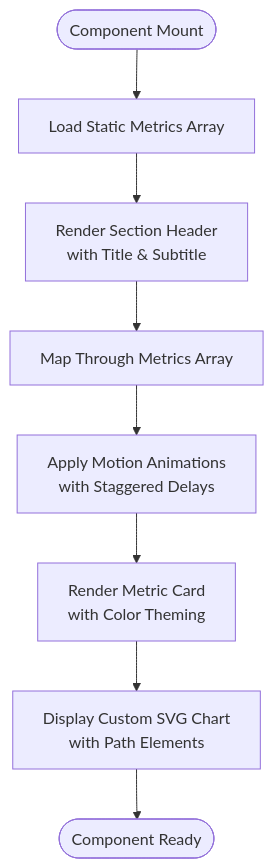
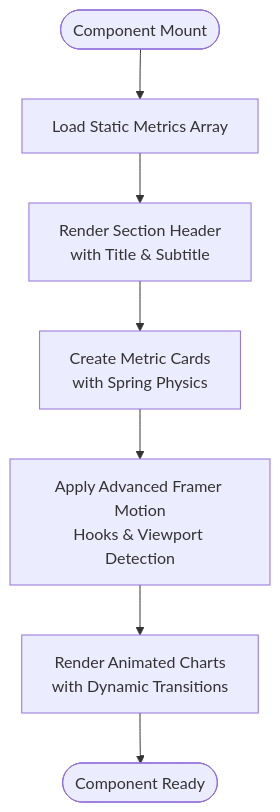
The second of 7 diagrams in .qoder/repowiki/en/content/Component Library & UI Elements/ImpactSection Component.md (subash7781/Portfolio), drawn with Mermaid before and after one commit. The commit also changed other lines of this file and 6 other files, not shown here.

````diff
--- a/.qoder/repowiki/en/content/Component Library & UI Elements/ImpactSection Component.md
+++ b/.qoder/repowiki/en/content/Component Library & UI Elements/ImpactSection Component.md
@@ -68,10 +83,9 @@
 ```mermaid
 flowchart TD
 Start(["Component Mount"]) --> LoadData["Load Static Metrics Array"]
 LoadData --> RenderHeader["Render Section Header<br/>with Title & Subtitle"]
-RenderHeader --> MapMetrics["Map Through Metrics Array"]
-MapMetrics --> ApplyAnimation["Apply Motion Animations<br/>with Staggered Delays"]
-ApplyAnimation --> RenderCard["Render Metric Card<br/>with Color Theming"]
-RenderCard --> DisplayChart["Display Custom SVG Chart<br/>with Path Elements"]
-DisplayChart --> End(["Component Ready"])
+RenderHeader --> CreateCards["Create Metric Cards<br/>with Spring Physics"]
+CreateCards --> ApplyAnimations["Apply Advanced Framer Motion<br/>Hooks & Viewport Detection"]
+ApplyAnimations --> RenderCharts["Render Animated Charts<br/>with Dynamic Transitions"]
+RenderCharts --> End(["Component Ready"])
 ```
````
